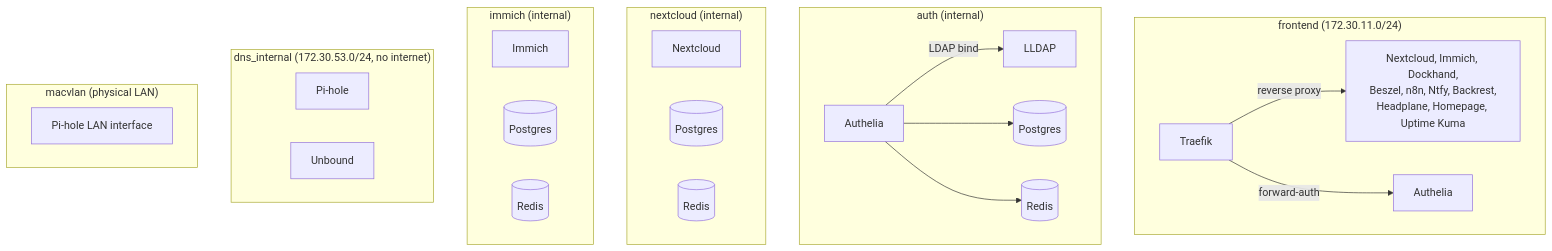
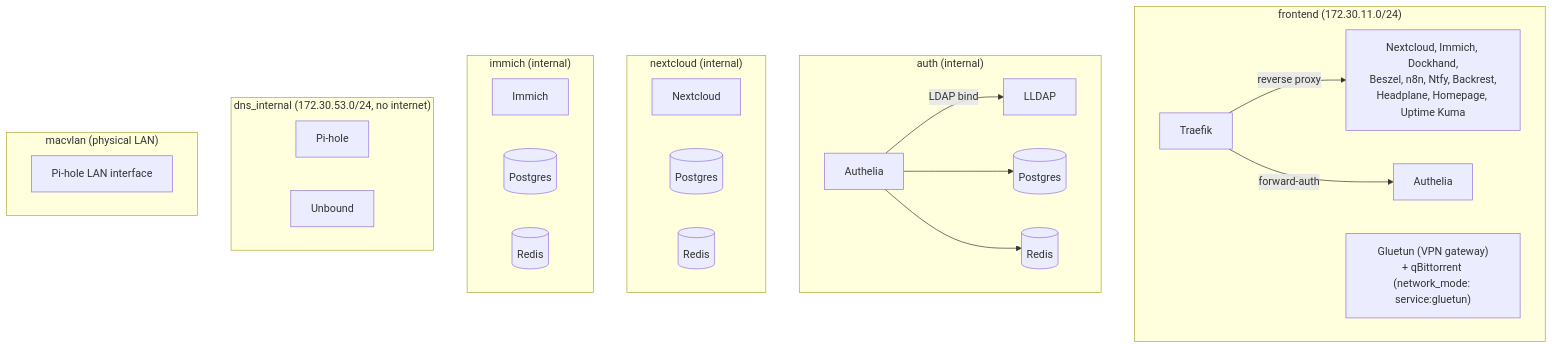
The second of 3 diagrams in docs/ARCHITECTURE.md (florianajir/pi-web), drawn with Mermaid before and after one commit. The commit also changed other lines of this file and 2 other files, not shown here.

Commit message:
feat: add qBittorrent and Gluetun VPN configuration to documentation

````diff
--- a/docs/ARCHITECTURE.md
+++ b/docs/ARCHITECTURE.md
@@ -99,42 +103,43 @@
 ```mermaid
 flowchart TB
     subgraph frontend["frontend (172.30.11.0/24)"]
         Traefik
         Authelia
         Services["Nextcloud, Immich, Dockhand,\nBeszel, n8n, Ntfy, Backrest,\nHeadplane, Homepage, Uptime Kuma"]
+        Gluetun["Gluetun (VPN gateway)\n+ qBittorrent (network_mode: service:gluetun)"]
     end
 
     subgraph auth["auth (internal)"]
         AutheliaB[Authelia]
         LLDAP
         PG_Auth[(Postgres)]
         Redis_Auth[(Redis)]
     end
 
     subgraph nextcloud_net["nextcloud (internal)"]
         NC[Nextcloud]
         PG_NC[(Postgres)]
         Redis_NC[(Redis)]
     end
 
     subgraph immich_net["immich (internal)"]
         IM[Immich]
         PG_IM[(Postgres)]
         Redis_IM[(Redis)]
     end
 
     subgraph dns["dns_internal (172.30.53.0/24, no internet)"]
         PH[Pi-hole]
         UB[Unbound]
     end
 
     subgraph lan_net["macvlan (physical LAN)"]
         PH_LAN[Pi-hole LAN interface]
     end
 
     Traefik -->|"reverse proxy"| Services
     Traefik -->|"forward-auth"| Authelia
     AutheliaB -->|"LDAP bind"| LLDAP
     AutheliaB --> PG_Auth
     AutheliaB --> Redis_Auth
 ```
````
